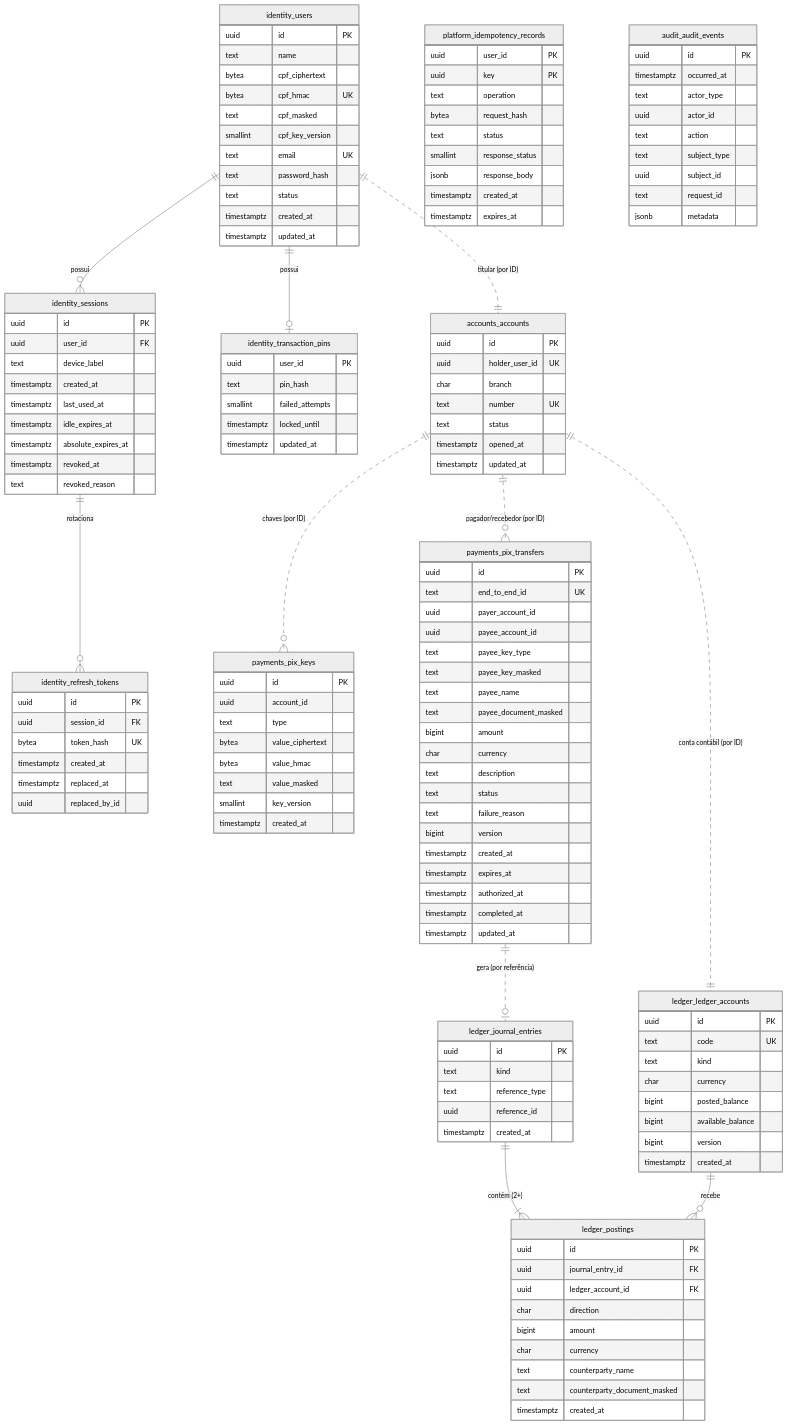
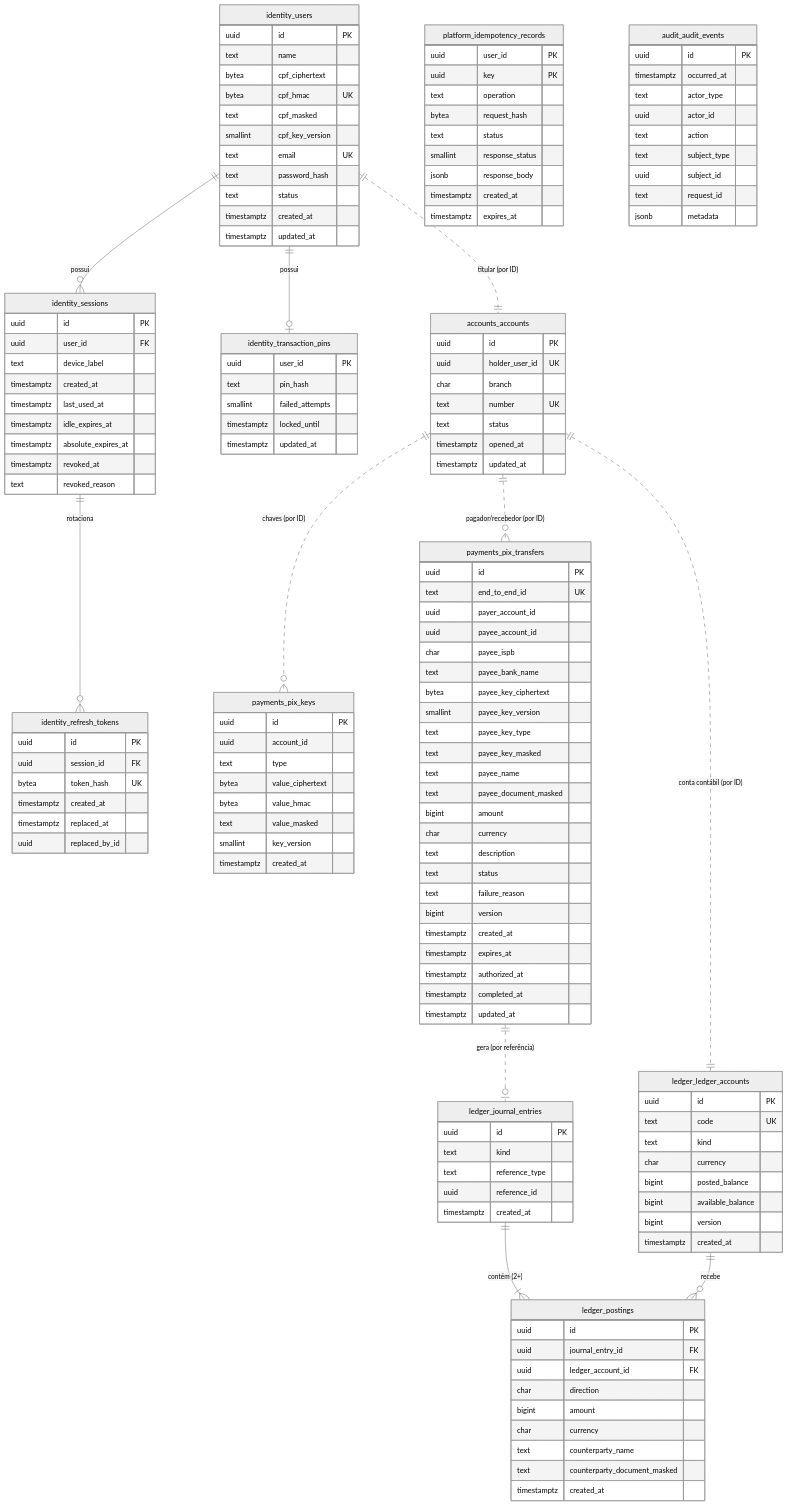
One commit to renatomf/next-bank changed the diagram in docs/architecture/database.md. Above: the diagram before and after it, drawn with Mermaid (neutral theme). The commit also changed other lines of this file and 5 other files, not shown here.

First line of the commit message:
docs(docs): record task 3, ADR 0017 and the external Pix schema

```diff
--- a/docs/architecture/database.md
+++ b/docs/architecture/database.md
@@ -151,6 +151,10 @@
         text end_to_end_id UK
         uuid payer_account_id
         uuid payee_account_id
+        char payee_ispb
+        text payee_bank_name
+        bytea payee_key_ciphertext
+        smallint payee_key_version
         text payee_key_type
         text payee_key_masked
         text payee_name
```
